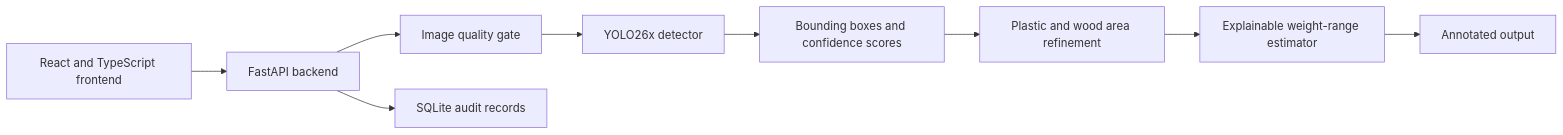
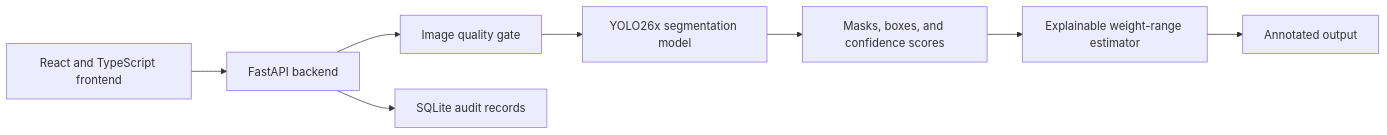
One commit to Riitom/tata-steel-waste-material-inspector changed the diagram in README.md. Above: the diagram before and after it, drawn with Mermaid. The commit also changed other lines of this file and 15 other files, not shown here.

Commit message:
Segmentation model update

````diff
--- a/README.md
+++ b/README.md
@@ -9,11 +9,10 @@
 ```mermaid
 flowchart LR
     A[React and TypeScript frontend] --> B[FastAPI backend]
     B --> Q[Image quality gate]
-    Q --> C[YOLO26x detector]
-    C --> D[Bounding boxes and confidence scores]
-    D --> R[Plastic and wood area refinement]
-    R --> E[Explainable weight-range estimator]
+    Q --> C[YOLO26x segmentation model]
+    C --> D[Masks, boxes, and confidence scores]
+    D --> E[Explainable weight-range estimator]
     E --> F[Annotated output]
     B --> G[SQLite audit records]
 ```
````
